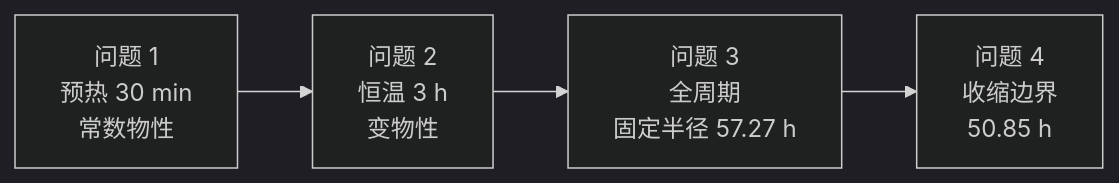
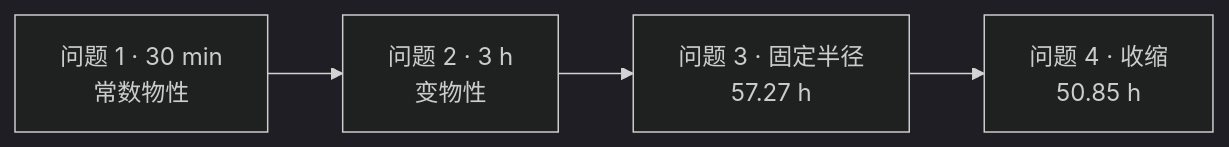
One commit to ciyuan1234/MCM_2026 changed the diagram in README.md. Above: the diagram before and after it, drawn with Mermaid (dark theme). The commit also changed other lines of this file and 1 other file, not shown here.

````diff
--- a/README.md
+++ b/README.md
@@ -34,6 +55,6 @@
 ```mermaid
 flowchart LR
-    Q1["问题 1<br/>预热 30 min<br/>常数物性"] --> Q2["问题 2<br/>恒温 3 h<br/>变物性"]
-    Q2 --> Q3["问题 3<br/>全周期<br/>固定半径 57.27 h"]
-    Q3 --> Q4["问题 4<br/>收缩边界<br/>50.85 h"]
+    Q1["问题 1 · 30 min<br/>常数物性"] --> Q2["问题 2 · 3 h<br/>变物性"]
+    Q2 --> Q3["问题 3 · 固定半径<br/>57.27 h"]
+    Q3 --> Q4["问题 4 · 收缩<br/>50.85 h"]
 ```
````
